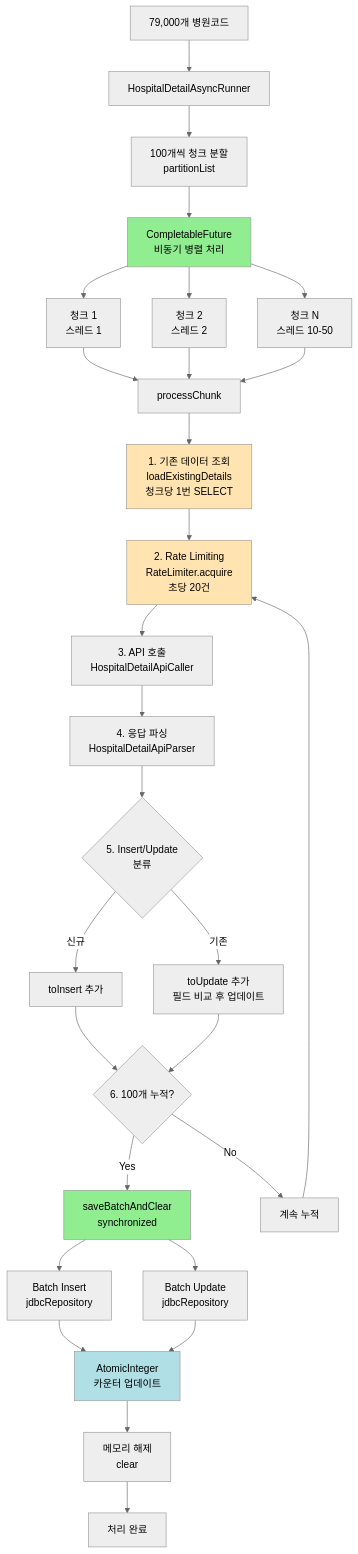
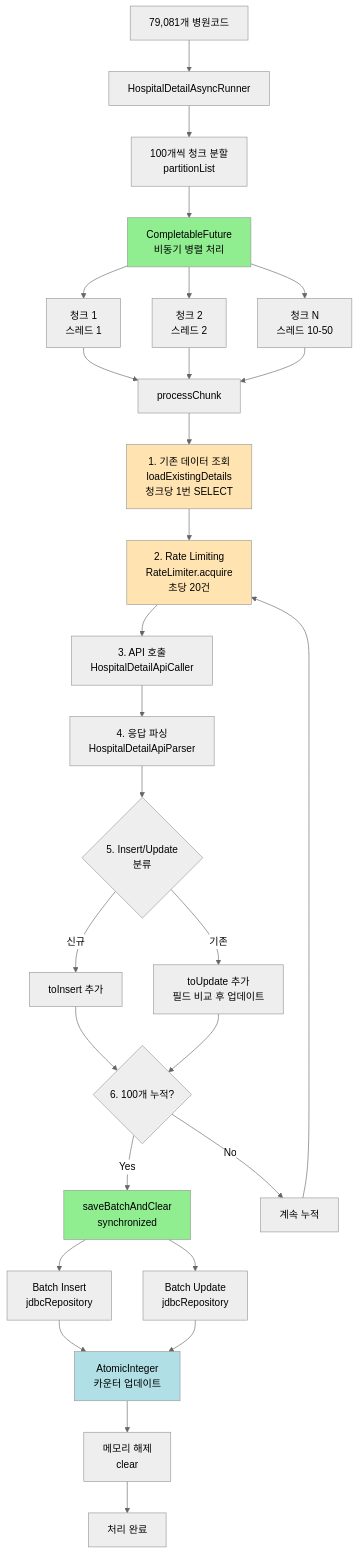
The fifth of 11 diagrams in docs/LARGE_SCALE_API_CALL_INFRASTRUCTURE.md (medical-info-hub/hospitalInfoProject-backend), drawn with Mermaid (neutral theme) before and after one commit. The commit also changed other lines of this file, not shown here.

````diff
--- a/docs/LARGE_SCALE_API_CALL_INFRASTRUCTURE.md
+++ b/docs/LARGE_SCALE_API_CALL_INFRASTRUCTURE.md
@@ -603,45 +603,45 @@
 ```mermaid
 graph TD
-    A[79,000개 병원코드] --> B[HospitalDetailAsyncRunner]
+    A[79,081개 병원코드] --> B[HospitalDetailAsyncRunner]
     B --> C[100개씩 청크 분할<br/>partitionList]
     C --> D[CompletableFuture<br/>비동기 병렬 처리]
 
     D --> E[청크 1<br/>스레드 1]
     D --> F[청크 2<br/>스레드 2]
     D --> G[청크 N<br/>스레드 10-50]
 
     E --> H[processChunk]
     F --> H
     G --> H
 
     H --> I[1. 기존 데이터 조회<br/>loadExistingDetails<br/>청크당 1번 SELECT]
     I --> J[2. Rate Limiting<br/>RateLimiter.acquire<br/>초당 20건]
     J --> K[3. API 호출<br/>HospitalDetailApiCaller]
     K --> L[4. 응답 파싱<br/>HospitalDetailApiParser]
     L --> M{5. Insert/Update<br/>분류}
 
     M -->|신규| N[toInsert 추가]
     M -->|기존| O[toUpdate 추가<br/>필드 비교 후 업데이트]
 
     N --> P{6. 100개 누적?}
     O --> P
 
     P -->|Yes| Q[saveBatchAndClear<br/>synchronized]
     P -->|No| R[계속 누적]
     R --> J
 
     Q --> S[Batch Insert<br/>jdbcRepository]
     Q --> T[Batch Update<br/>jdbcRepository]
 
     S --> U[AtomicInteger<br/>카운터 업데이트]
     T --> U
 
     U --> V[메모리 해제<br/>clear]
     V --> W[처리 완료]
 
     style D fill:#90EE90
     style I fill:#FFE4B2
     style J fill:#FFE4B2
     style Q fill:#90EE90
     style U fill:#B0E0E6
 ```
````
